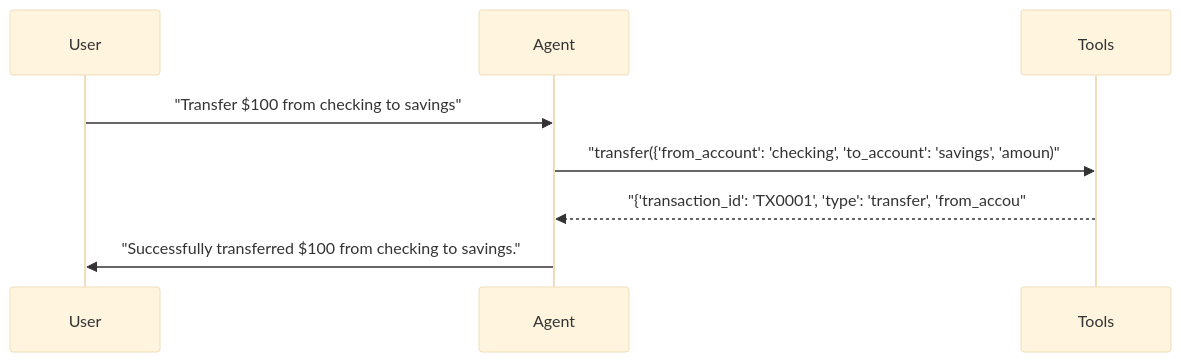
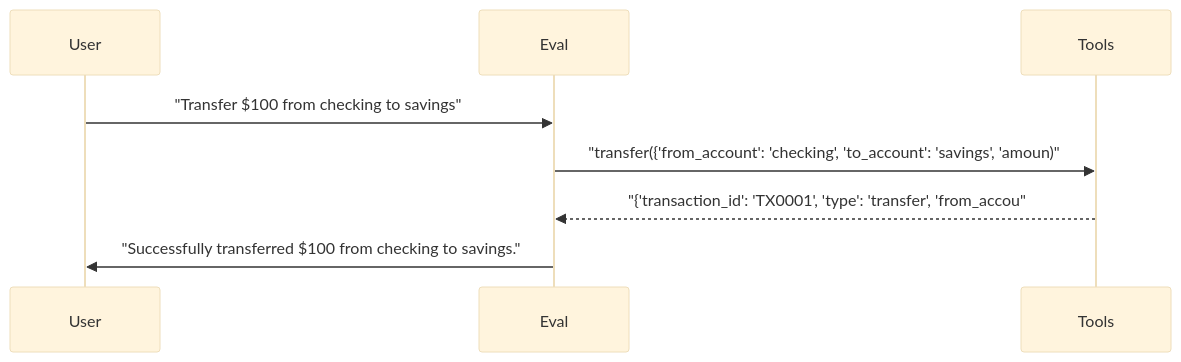
Before and after one commit to sbroenne/pytest-skill-engineering: the eighth of 8 diagrams in docs/reports/06_model_prompt_matrix.md, drawn with Mermaid (base theme). The commit also changed other lines of this file and 155 other files, not shown here.

````diff
--- a/docs/reports/06_model_prompt_matrix.md
+++ b/docs/reports/06_model_prompt_matrix.md
@@ -433,11 +433,11 @@
 ```mermaid
 sequenceDiagram
     participant User
-    participant Agent
+    participant Eval
     participant Tools
 
-    User->>Agent: "Transfer $100 from checking to savings"
-    Agent->>Tools: "transfer({'from_account': 'checking', 'to_account': 'savings', 'amoun)"
-    Tools-->>Agent: "{'transaction_id': 'TX0001', 'type': 'transfer', 'from_accou"
-    Agent->>User: "Successfully transferred $100 from checking to savings."
+    User->>Eval: "Transfer $100 from checking to savings"
+    Eval->>Tools: "transfer({'from_account': 'checking', 'to_account': 'savings', 'amoun)"
+    Tools-->>Eval: "{'transaction_id': 'TX0001', 'type': 'transfer', 'from_accou"
+    Eval->>User: "Successfully transferred $100 from checking to savings."
 ```
````
